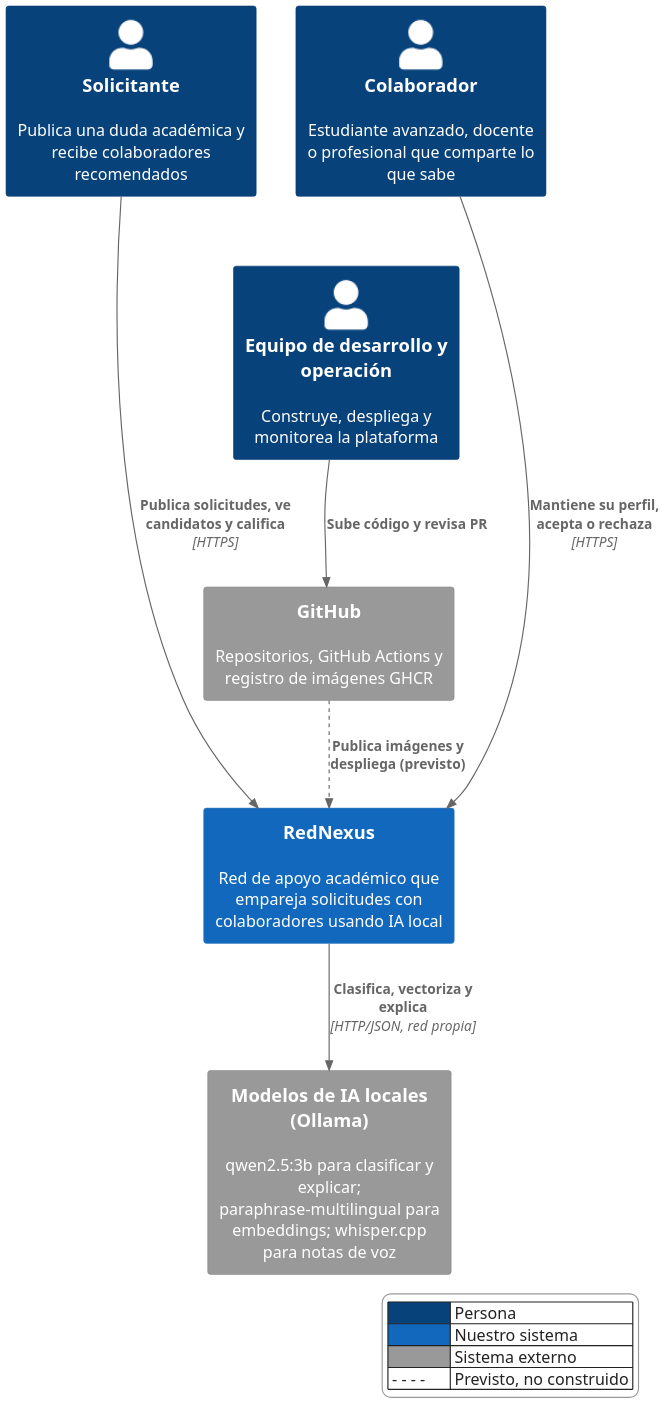
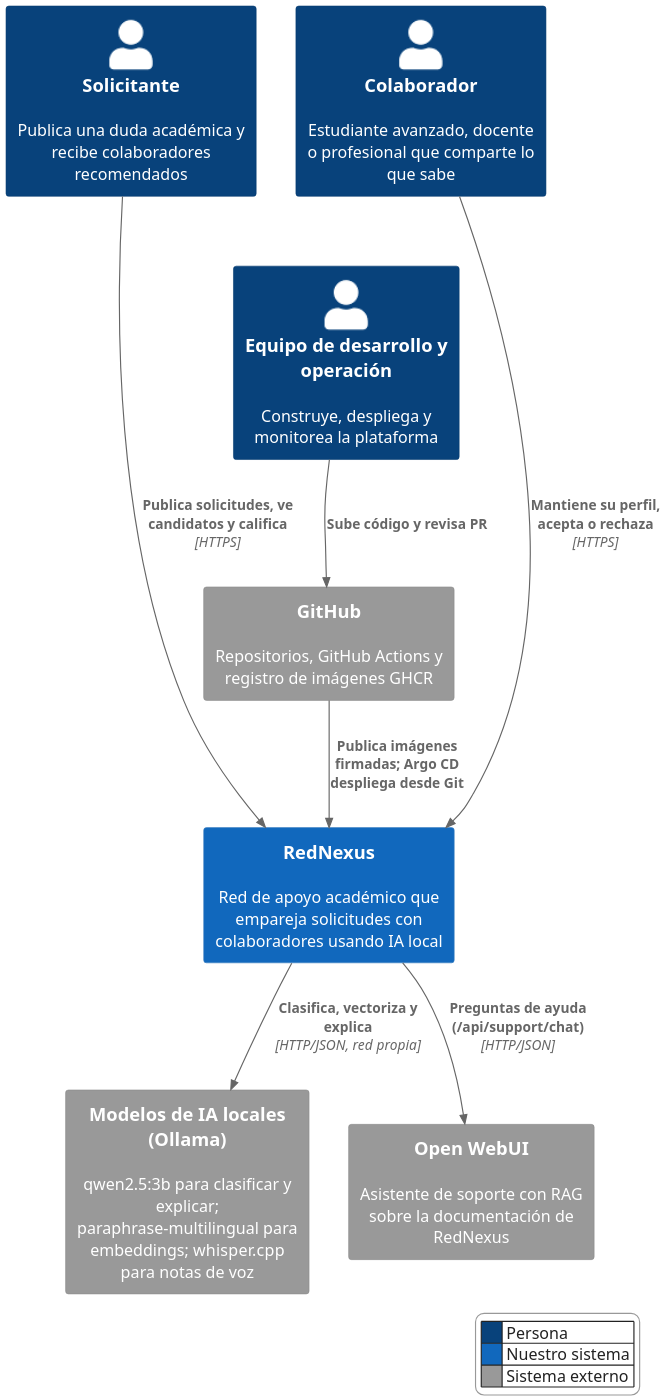
One commit to juanjosegl/RedNexus-Platform changed the diagram in docs/arquitectura/diagramas/01-c4-contexto.puml. Above: the diagram before and after it, drawn with PlantUML. The commit also changed 79 other files, not shown here.

```diff
--- a/docs/arquitectura/diagramas/01-c4-contexto.puml
+++ b/docs/arquitectura/diagramas/01-c4-contexto.puml
@@ -1,37 +1,38 @@
 @startuml 01-c4-contexto
 ' C4 nivel 1: contexto del sistema
 !include <C4/C4_Context>
 skinparam dpi 200
 skinparam defaultFontName "Helvetica"
 HIDE_STEREOTYPE()
 skinparam LegendFontColor #222222
 skinparam LegendBackgroundColor #ffffff
 skinparam LegendBorderColor #999999
 AddElementTag("previsto", $bgColor="#eef4fb", $fontColor="#1d3b5c", $borderColor="#438dd5", $borderStyle=DashedLine())
 AddRelTag("previsto", $lineStyle=DashedLine())
 
 Person(sol, "Solicitante", "Publica una duda académica y recibe colaboradores recomendados")
 Person(ayu, "Colaborador", "Estudiante avanzado, docente o profesional que comparte lo que sabe")
 Person(ops, "Equipo de desarrollo y operación", "Construye, despliega y monitorea la plataforma")
 
 System(rn, "RedNexus", "Red de apoyo académico que empareja solicitudes con colaboradores usando IA local")
 
 System_Ext(ia, "Modelos de IA locales (Ollama)", "qwen2.5:3b para clasificar y explicar; paraphrase-multilingual para embeddings; whisper.cpp para notas de voz")
 System_Ext(gh, "GitHub", "Repositorios, GitHub Actions y registro de imágenes GHCR")
+System_Ext(owui, "Open WebUI", "Asistente de soporte con RAG sobre la documentación de RedNexus")
 
 Rel(sol, rn, "Publica solicitudes, ve candidatos y califica", "HTTPS")
 Rel(ayu, rn, "Mantiene su perfil, acepta o rechaza", "HTTPS")
 Rel(rn, ia, "Clasifica, vectoriza y explica", "HTTP/JSON, red propia")
 Rel(ops, gh, "Sube código y revisa PR")
-Rel(gh, rn, "Publica imágenes y despliega (previsto)", $tags="previsto")
+Rel(rn, owui, "Preguntas de ayuda (/api/support/chat)", "HTTP/JSON")
+Rel(gh, rn, "Publica imágenes firmadas; Argo CD despliega desde Git")
 
 Lay_R(sol, ayu)
 Lay_D(ayu, ops)
 
 legend right
   |<#08427b>     | Persona |
   |<#1168bd>     | Nuestro sistema |
   |<#999999>     | Sistema externo |
-  | - - - -      | Previsto, no construido |
 endlegend
 @enduml
```
